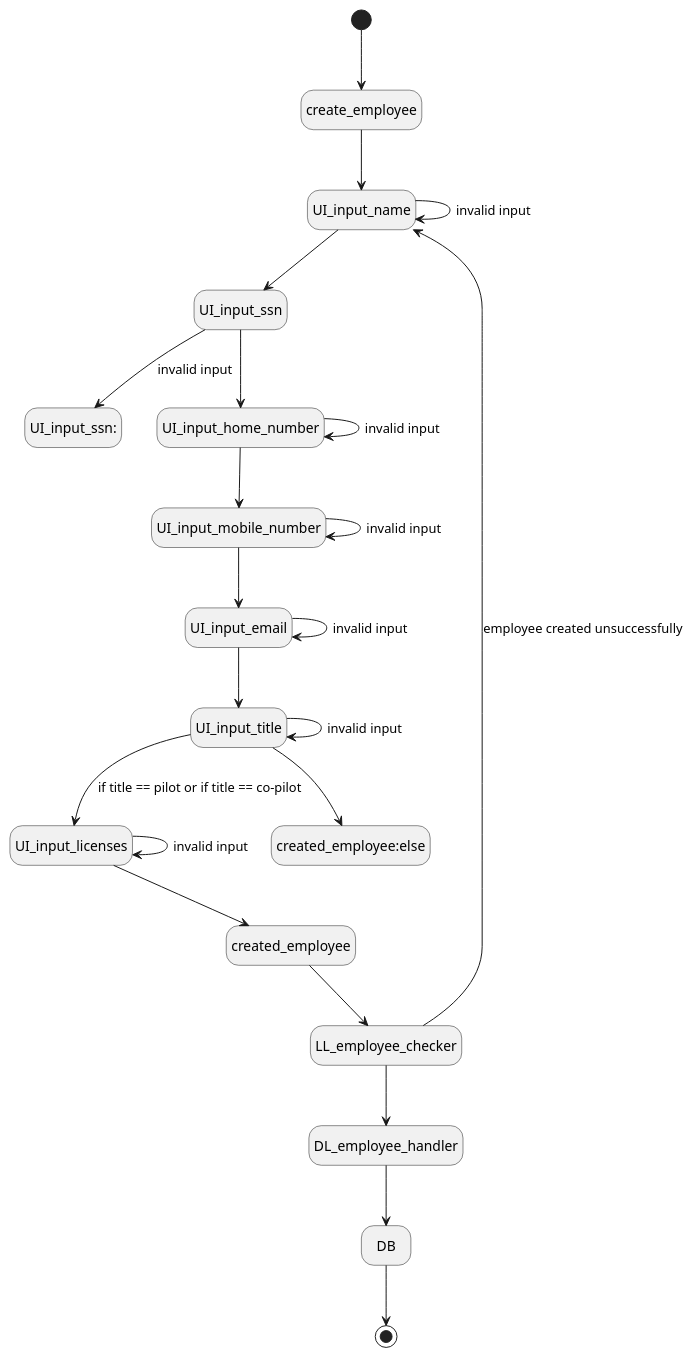
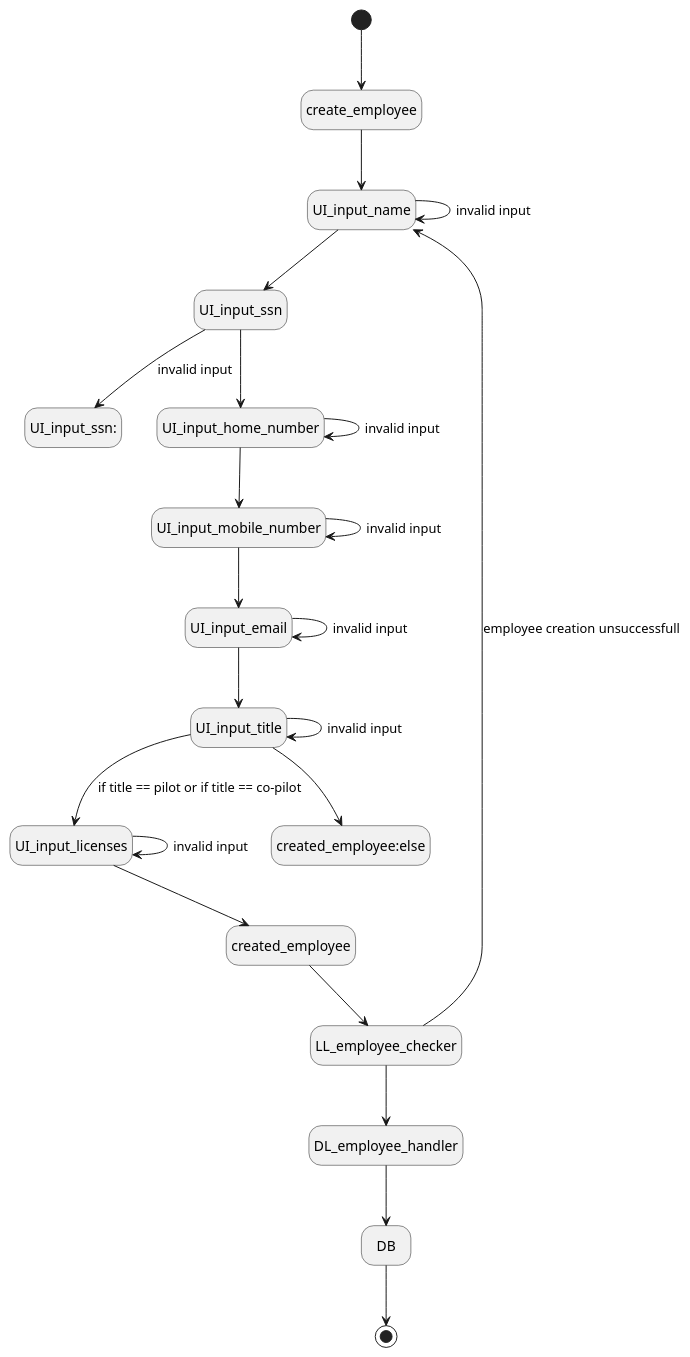
Before and after one commit to irmalexandra/vln1_chuck_nan: the diagram in state_diagrams/create_employee.puml, drawn with PlantUML. The commit also changed 1 other file, not shown here.

Commit message:
created airplane state diagram

```diff
--- a/state_diagrams/create_employee.puml
+++ b/state_diagrams/create_employee.puml
@@ -1,27 +1,27 @@
 @startuml create employee
 hide empty description
 
 
 [*] --> create_employee
 create_employee -down-> UI_input_name
 UI_input_name -down-> UI_input_name:invalid input
 UI_input_name -down-> UI_input_ssn
 UI_input_ssn -down-> UI_input_ssn::invalid input
 UI_input_ssn -down-> UI_input_home_number
 UI_input_home_number -down-> UI_input_home_number:invalid input
 UI_input_home_number -down-> UI_input_mobile_number
 UI_input_mobile_number -down-> UI_input_mobile_number:invalid input
 UI_input_mobile_number -down-> UI_input_email
 UI_input_email -down-> UI_input_email:invalid input
 UI_input_email -down-> UI_input_title
 UI_input_title -down-> UI_input_title:invalid input
 UI_input_title -down-> UI_input_licenses: if title == pilot or if title == co-pilot
 UI_input_licenses -down-> UI_input_licenses: invalid input
 UI_input_licenses --> created_employee
 UI_input_title --> created_employee:else
 created_employee --> LL_employee_checker
-LL_employee_checker --> UI_input_name: employee created unsuccessfully
+LL_employee_checker --> UI_input_name: employee creation unsuccessfull
 LL_employee_checker --> DL_employee_handler
 DL_employee_handler --> DB
 DB --> [*]
 @enduml
```
